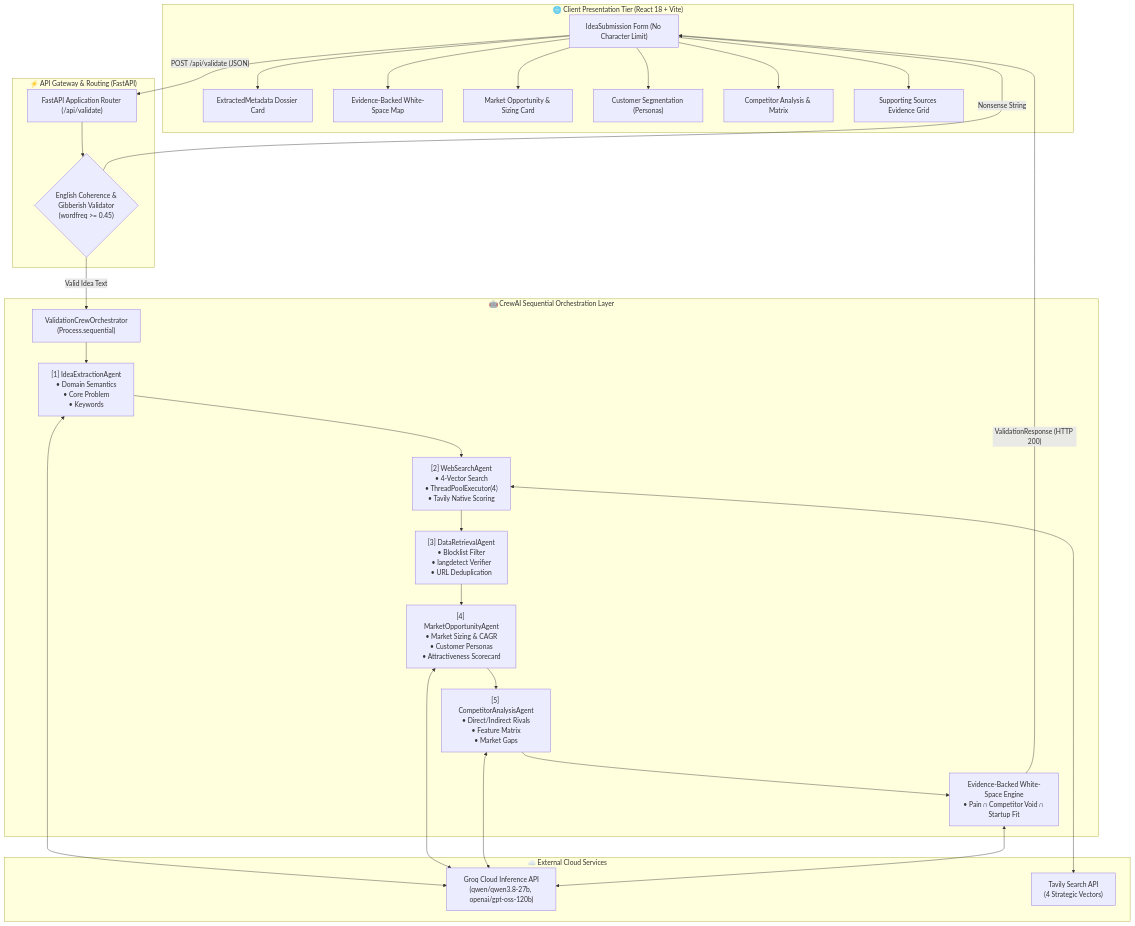
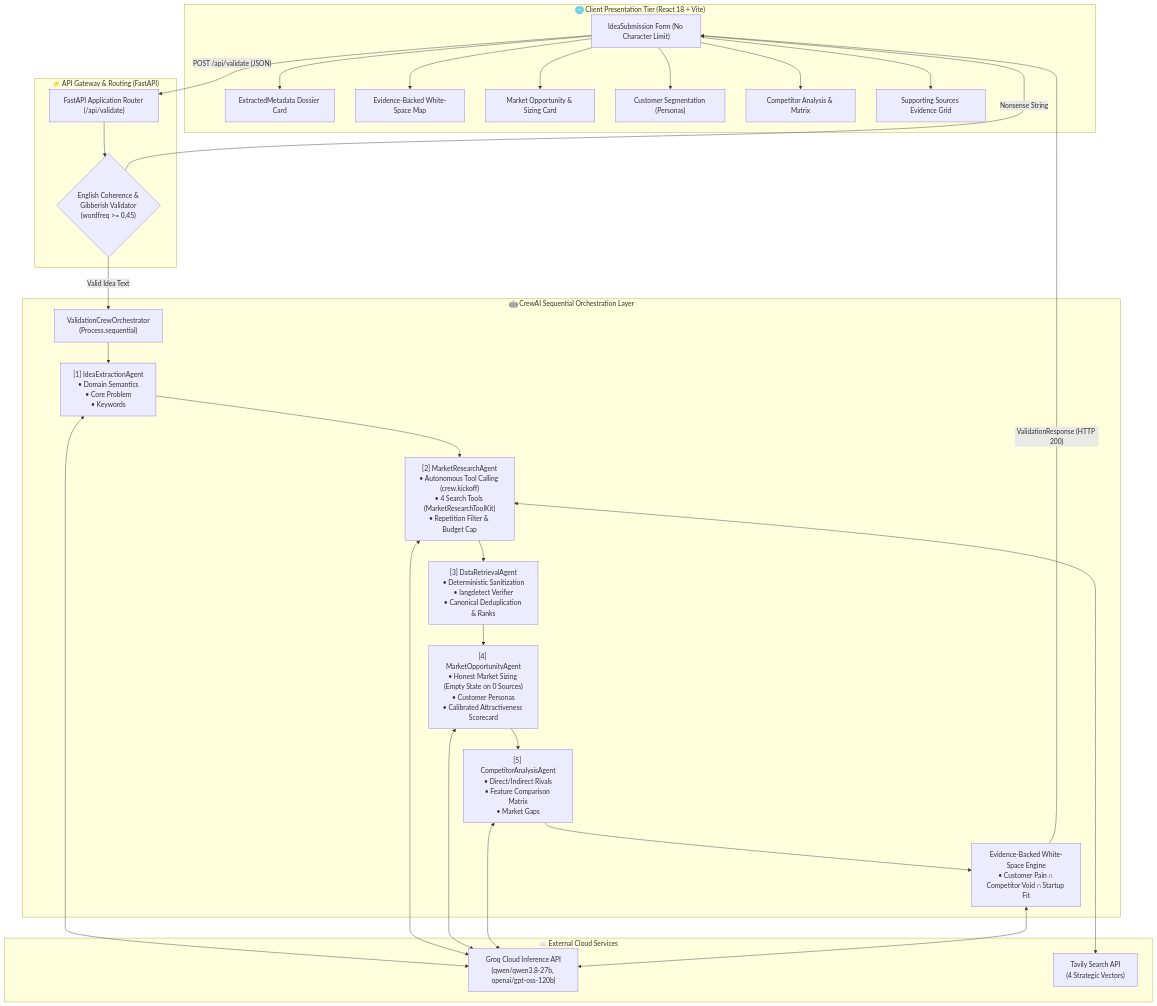
One commit to sanjaykumar-xe/team-forge-ISB7.3 changed the diagram in SYSTEM_ARCHITECTURE.md. Above: the diagram before and after it, drawn with Mermaid. The commit also changed other lines of this file and 17 other files, not shown here.

````diff
--- a/SYSTEM_ARCHITECTURE.md
+++ b/SYSTEM_ARCHITECTURE.md
@@ -23,46 +23,46 @@
 ```mermaid
 flowchart TB
     subgraph ClientTier["🌐 Client Presentation Tier (React 18 + Vite)"]
         UI["IdeaSubmission Form (No Character Limit)"]
         Dossier["ExtractedMetadata Dossier Card"]
         WhiteSpace["Evidence-Backed White-Space Map"]
         Market["Market Opportunity & Sizing Card"]
         Personas["Customer Segmentation (Personas)"]
         Comps["Competitor Analysis & Matrix"]
         SourcesGrid["Supporting Sources Evidence Grid"]
         UI --> Dossier & WhiteSpace & Market & Personas & Comps & SourcesGrid
     end
 
     subgraph APITier["⚡ API Gateway & Routing (FastAPI)"]
         Router["FastAPI Application Router (/api/validate)"]
         GibberishCheck{"English Coherence &<br/>Gibberish Validator<br/>(wordfreq >= 0.45)"}
     end
 
     subgraph OrchestrationTier["🤖 CrewAI Sequential Orchestration Layer"]
         Orch["ValidationCrewOrchestrator<br/>(Process.sequential)"]
         
         A1["[1] IdeaExtractionAgent<br/>• Domain Semantics<br/>• Core Problem<br/>• Keywords"]
-        A2["[2] WebSearchAgent<br/>• 4-Vector Search<br/>• ThreadPoolExecutor(4)<br/>• Tavily Native Scoring"]
-        A3["[3] DataRetrievalAgent<br/>• Blocklist Filter<br/>• langdetect Verifier<br/>• URL Deduplication"]
-        A4["[4] MarketOpportunityAgent<br/>• Market Sizing & CAGR<br/>• Customer Personas<br/>• Attractiveness Scorecard"]
-        A5["[5] CompetitorAnalysisAgent<br/>• Direct/Indirect Rivals<br/>• Feature Matrix<br/>• Market Gaps"]
-        WSE["Evidence-Backed White-Space Engine<br/>• Pain ∩ Competitor Void ∩ Startup Fit"]
+        A2["[2] MarketResearchAgent<br/>• Autonomous Tool Calling (crew.kickoff)<br/>• 4 Search Tools (MarketResearchToolKit)<br/>• Repetition Filter & Budget Cap"]
+        A3["[3] DataRetrievalAgent<br/>• Deterministic Sanitization<br/>• langdetect Verifier<br/>• Canonical Deduplication & Ranks"]
+        A4["[4] MarketOpportunityAgent<br/>• Honest Market Sizing (Empty State on 0 Sources)<br/>• Customer Personas<br/>• Calibrated Attractiveness Scorecard"]
+        A5["[5] CompetitorAnalysisAgent<br/>• Direct/Indirect Rivals<br/>• Feature Comparison Matrix<br/>• Market Gaps"]
+        WSE["Evidence-Backed White-Space Engine<br/>• Customer Pain ∩ Competitor Void ∩ Startup Fit"]
 
         Orch --> A1 --> A2 --> A3 --> A4 --> A5 --> WSE
     end
 
     subgraph CloudTier["☁️ External Cloud Services"]
         GroqCloud["Groq Cloud Inference API<br/>(qwen/qwen3.8-27b, openai/gpt-oss-120b)"]
         TavilyAPI["Tavily Search API<br/>(4 Strategic Vectors)"]
     end
 
     %% Connections
     UI -- "POST /api/validate (JSON)" --> Router
     Router --> GibberishCheck
     GibberishCheck -- "Valid Idea Text" --> Orch
     GibberishCheck -- "Nonsense String" --> UI
     
-    A1 & A4 & A5 & WSE <--> GroqCloud
+    A1 & A2 & A4 & A5 & WSE <--> GroqCloud
     A2 <--> TavilyAPI
     WSE -- "ValidationResponse (HTTP 200)" --> UI
 ```
````
